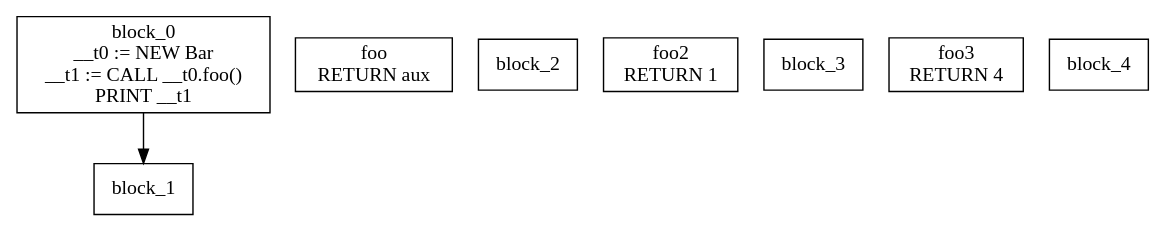
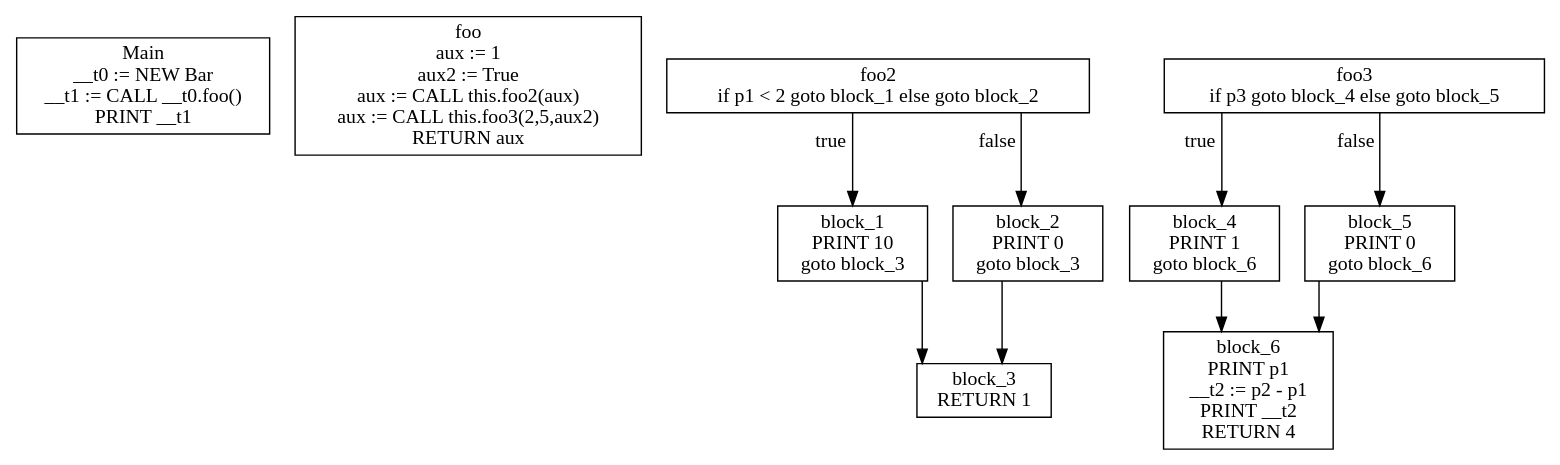
Before and after one commit to KarmaSora/Compiler: the diagram in gettingStarted/cfg.dot, drawn with Graphviz. The commit also changed 8 other files, not shown here.

```diff
--- a/gettingStarted/cfg.dot
+++ b/gettingStarted/cfg.dot
@@ -1,16 +1,22 @@
 digraph CFG {
 graph [splines=ortho];
 node [shape=box];
-block_0 -> block_1;
-block_0 [label="block_0\n__t0 := NEW Bar\n__t1 := CALL __t0.foo()\nPRINT __t1\n"];
-block_1 [label="block_1\n"];
-foo [label="foo\nRETURN aux\n"];
-foo [label="foo\nRETURN aux\n"];
-block_2 [label="block_2\n"];
-foo2 [label="foo2\nRETURN 1\n"];
-foo2 [label="foo2\nRETURN 1\n"];
-block_3 [label="block_3\n"];
-foo3 [label="foo3\nRETURN 4\n"];
-foo3 [label="foo3\nRETURN 4\n"];
-block_4 [label="block_4\n"];
+Main [label="Main\n__t0 := NEW Bar\n__t1 := CALL __t0.foo()\nPRINT __t1\n"];
+foo [label="foo\naux := 1\naux2 := True\naux := CALL this.foo2(aux)\naux := CALL this.foo3(2,5,aux2)\nRETURN aux\n"];
+foo2 -> block_1 [xlabel="true"];
+foo2 -> block_2 [xlabel="false"];
+foo2 [label="foo2\nif p1 < 2 goto block_1 else goto block_2\n"];
+block_1 -> block_3;
+block_1 [label="block_1\nPRINT 10\ngoto block_3\n"];
+block_2 -> block_3;
+block_2 [label="block_2\nPRINT 0\ngoto block_3\n"];
+block_3 [label="block_3\nRETURN 1\n"];
+foo3 -> block_4 [xlabel="true"];
+foo3 -> block_5 [xlabel="false"];
+foo3 [label="foo3\nif p3 goto block_4 else goto block_5\n"];
+block_4 -> block_6;
+block_4 [label="block_4\nPRINT 1\ngoto block_6\n"];
+block_5 -> block_6;
+block_5 [label="block_5\nPRINT 0\ngoto block_6\n"];
+block_6 [label="block_6\nPRINT p1\n__t2 := p2 - p1\nPRINT __t2\nRETURN 4\n"];
 }
```
